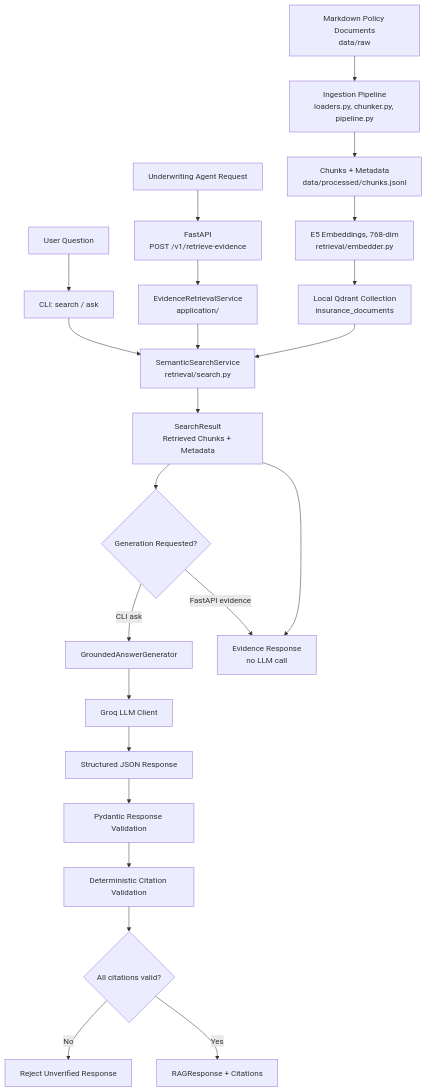
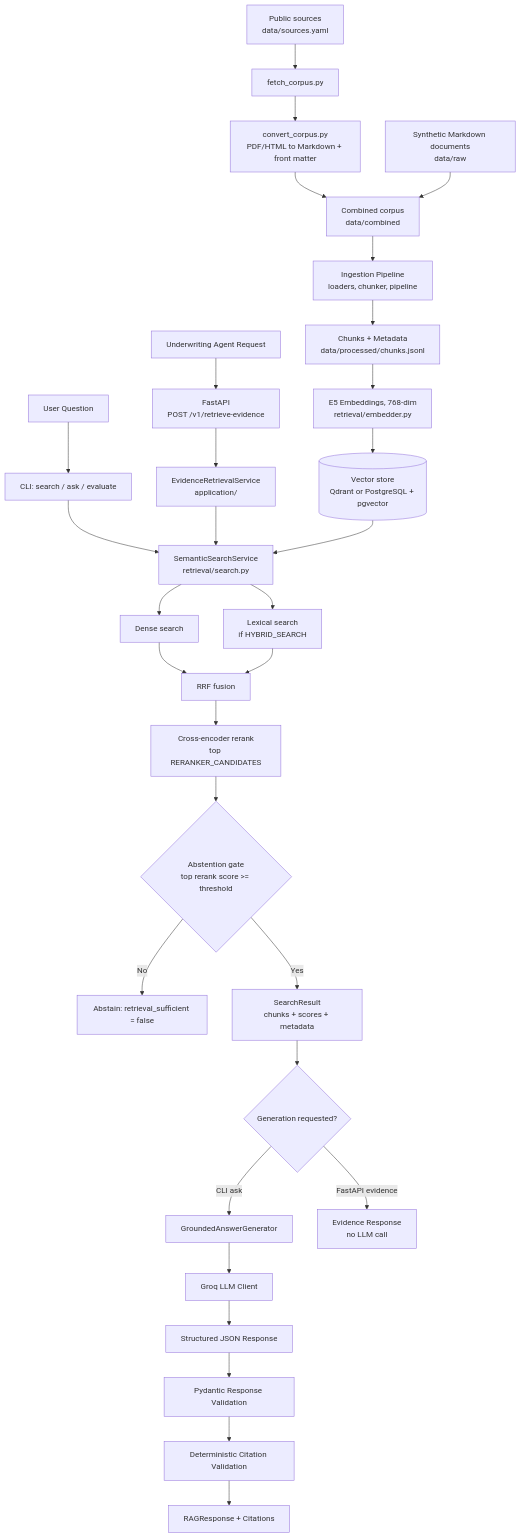
The first of 3 diagrams in docs/architecture/system-architecture.md (Kwame-K/insurance-rag-assistant), drawn with Mermaid before and after one commit. The commit also changed other lines of this file and 36 other files, not shown here.

````diff
--- a/docs/architecture/system-architecture.md
+++ b/docs/architecture/system-architecture.md
@@ -22,29 +23,39 @@
 ```mermaid
 flowchart TD
-    A[Markdown Policy Documents<br/>data/raw] --> B[Ingestion Pipeline<br/>loaders.py, chunker.py, pipeline.py]
+    S[Public sources<br/>data/sources.yaml] --> F[fetch_corpus.py]
+    F --> CV[convert_corpus.py<br/>PDF/HTML to Markdown + front matter]
+    CV --> A
+    SY[Synthetic Markdown documents<br/>data/raw] --> A[Combined corpus<br/>data/combined]
+
+    A --> B[Ingestion Pipeline<br/>loaders, chunker, pipeline]
     B --> C[Chunks + Metadata<br/>data/processed/chunks.jsonl]
     C --> D[E5 Embeddings, 768-dim<br/>retrieval/embedder.py]
-    D --> E[Local Qdrant Collection<br/>insurance_documents]
+    D --> E[(Vector store<br/>Qdrant or PostgreSQL + pgvector)]
 
-    F[User Question] --> G[CLI: search / ask]
+    Q[User Question] --> G[CLI: search / ask / evaluate]
     H[Underwriting Agent Request] --> I[FastAPI<br/>POST /v1/retrieve-evidence]
 
     G --> J[SemanticSearchService<br/>retrieval/search.py]
     I --> K[EvidenceRetrievalService<br/>application/]
     K --> J
     E --> J
-    J --> L[SearchResult<br/>Retrieved Chunks + Metadata]
 
-    L --> M{Generation Requested?}
+    J --> D1[Dense search]
+    J --> D2[Lexical search<br/>if HYBRID_SEARCH]
+    D1 --> RRF[RRF fusion]
+    D2 --> RRF
+    RRF --> RR[Cross-encoder rerank<br/>top RERANKER_CANDIDATES]
+    RR --> GATE{Abstention gate<br/>top rerank score >= threshold}
+    GATE -- No --> AB[Abstain: retrieval_sufficient = false]
+    GATE -- Yes --> L[SearchResult<br/>chunks + scores + metadata]
+
+    L --> M{Generation requested?}
     M -- CLI ask --> N[GroundedAnswerGenerator]
     N --> O[Groq LLM Client]
     O --> P[Structured JSON Response]
-    P --> Q[Pydantic Response Validation]
-    Q --> R[Deterministic Citation Validation]
-    R --> S{All citations valid?}
-    S -- No --> T[Reject Unverified Response]
-    S -- Yes --> U[RAGResponse + Citations]
+    P --> V1[Pydantic Response Validation]
+    V1 --> V2[Deterministic Citation Validation]
+    V2 --> U[RAGResponse + Citations]
 
     M -- FastAPI evidence --> V[Evidence Response<br/>no LLM call]
-    L --> V
 ```
````
